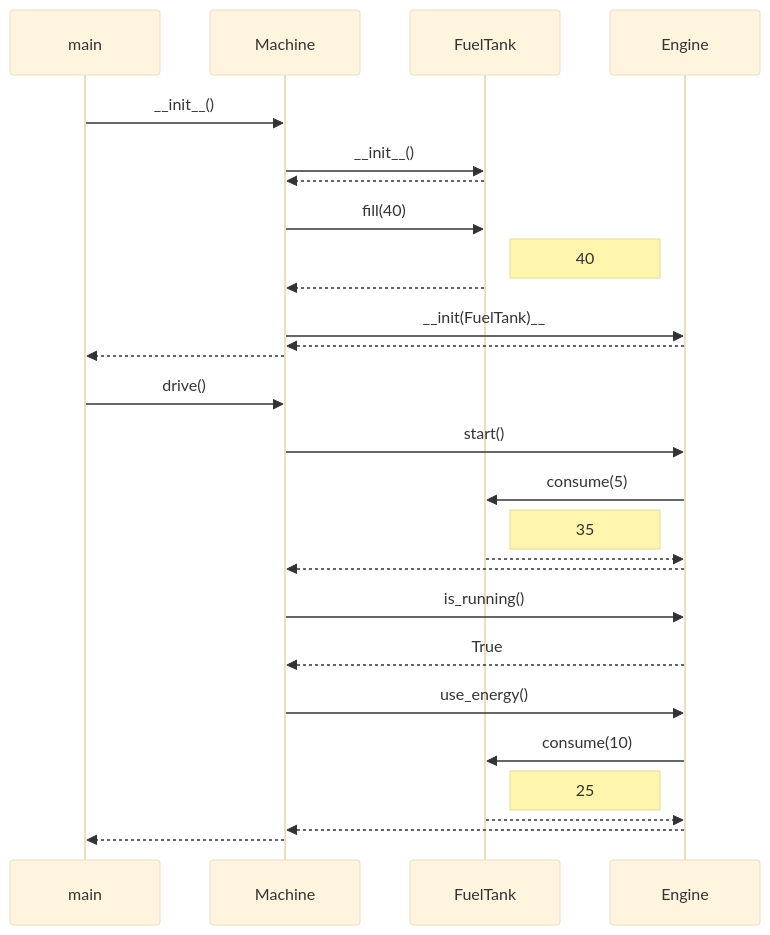
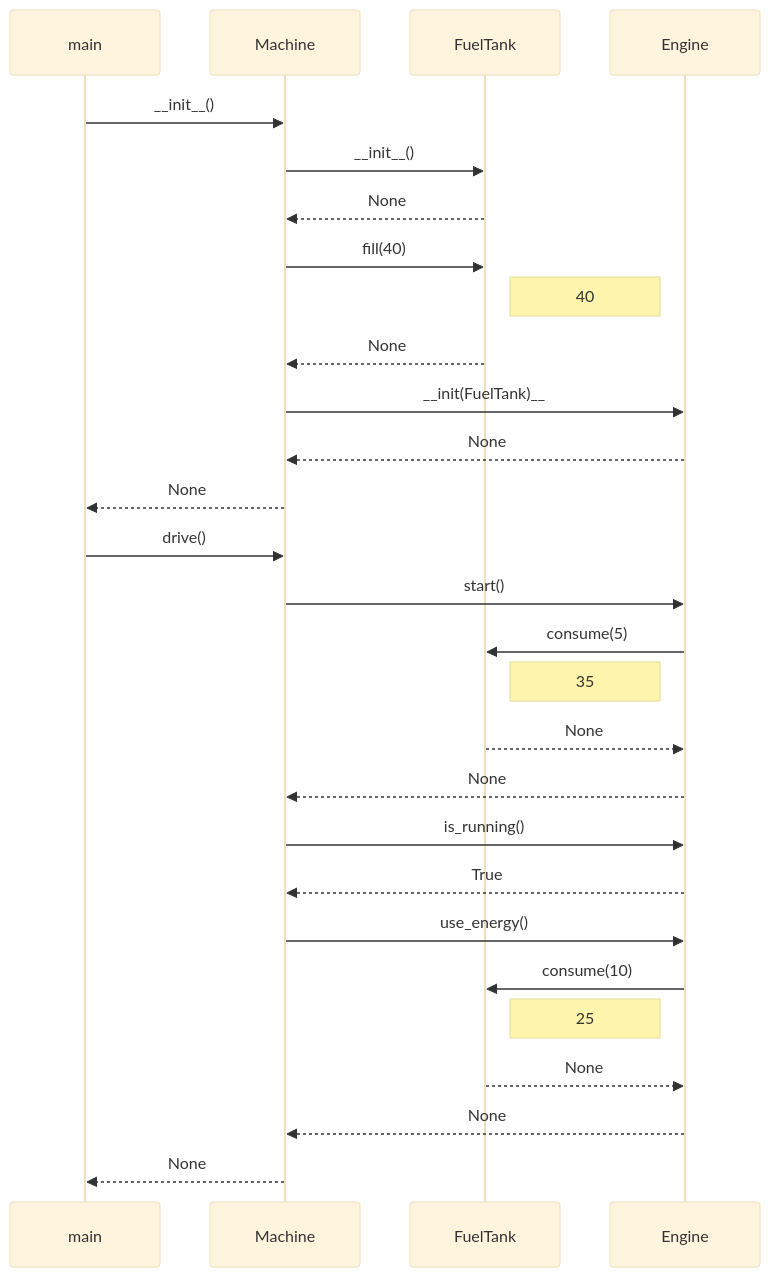
One commit to ronituohino/ohte-harjoitustyo changed the diagram in laskarit/viikko3/machine.md. Above: the diagram before and after it, drawn with Mermaid (base theme).

````diff
--- a/laskarit/viikko3/machine.md
+++ b/laskarit/viikko3/machine.md
@@ -5,30 +5,30 @@
 ```mermaid
 sequenceDiagram
 	participant main
 	participant Machine
 	participant FuelTank
 	participant Engine
 	main->>Machine: __init__()
 	Machine->>FuelTank: __init__()
-	FuelTank-->>Machine:
+	FuelTank-->>Machine: None
 	Machine->>FuelTank: fill(40)
 	Note right of FuelTank: 40
-	FuelTank-->>Machine:
+	FuelTank-->>Machine: None
 	Machine->>Engine: __init(FuelTank)__
-	Engine-->>Machine:
-	Machine-->>main:
+	Engine-->>Machine: None
+	Machine-->>main: None
 	main->>Machine: drive()
 	Machine->>Engine: start()
 	Engine->>FuelTank: consume(5)
 	Note right of FuelTank: 35
-	FuelTank-->>Engine:
-	Engine-->>Machine:
+	FuelTank-->>Engine: None
+	Engine-->>Machine: None
 	Machine->>Engine: is_running()
 	Engine-->>Machine: True
 	Machine->>Engine: use_energy()
 	Engine->>FuelTank: consume(10)
 	Note right of FuelTank: 25
-	FuelTank-->>Engine:
-	Engine-->>Machine:
-	Machine-->>main:
+	FuelTank-->>Engine: None
+	Engine-->>Machine: None
+	Machine-->>main: None
 ```
````
